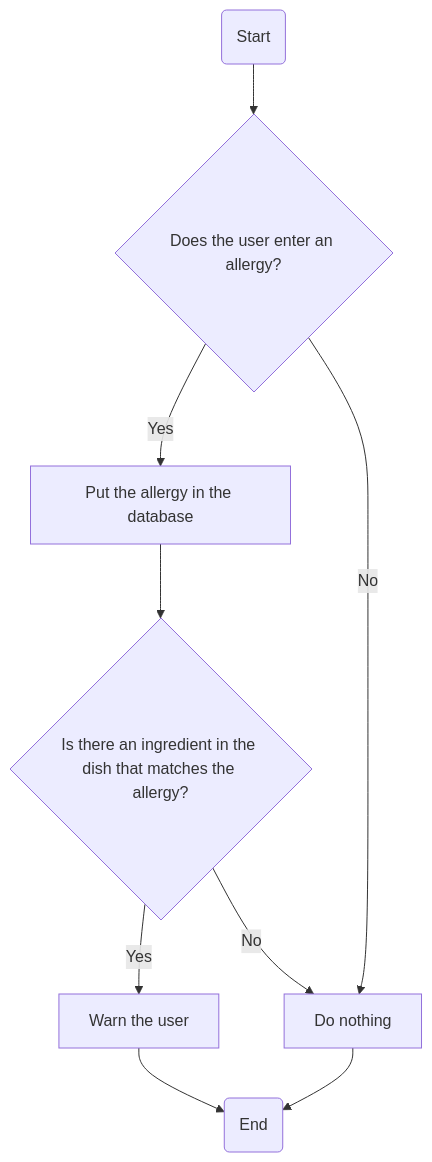
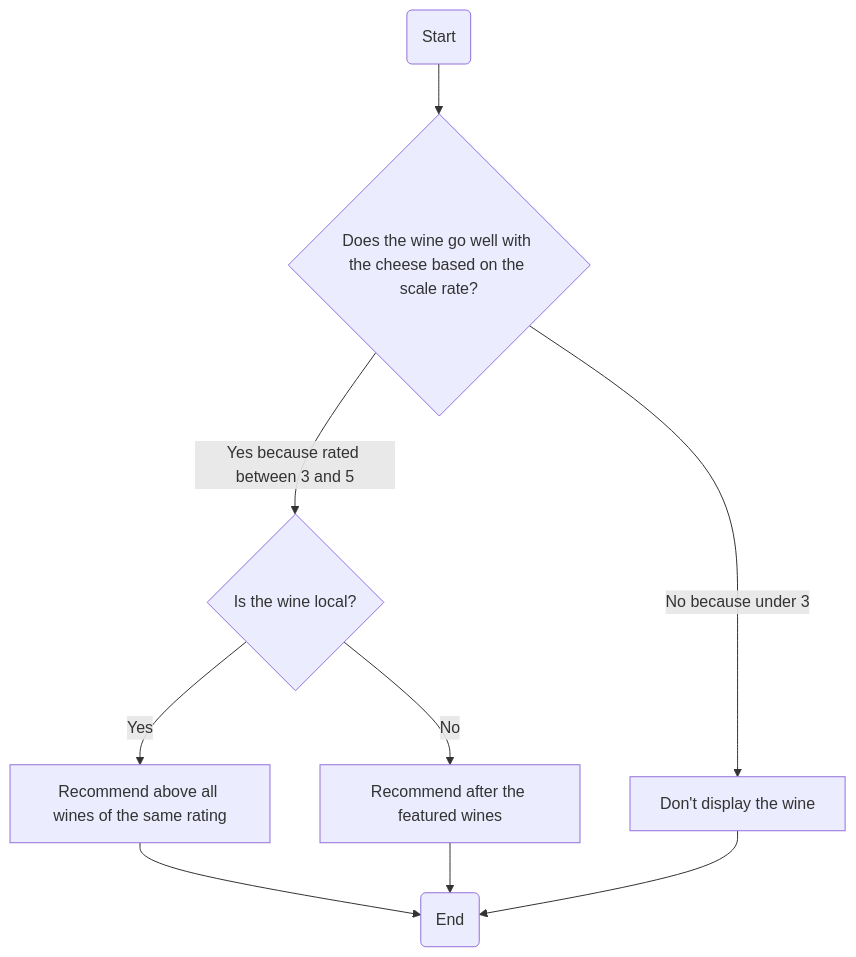
The fourth of 11 diagrams in Documents/Technical/technical_specifications.md (algosup/2024-2025-project-5-bubble-intermarche-team-2), drawn with Mermaid before and after one commit. The commit also changed other lines of this file, not shown here.

````diff
--- a/Documents/Technical/technical_specifications.md
+++ b/Documents/Technical/technical_specifications.md
@@ -211,11 +258,11 @@
 ```mermaid
 graph TD
-    A(Start) --> B{Does the user enter an allergy?}
-    B -->|Yes| C[Put the allergy in the database]
-    B -->|No| F
-    C --> D{Is there an ingredient in the dish that matches the allergy?}
-    D -->|Yes| E[Warn the user]
-    D -->|No| F[Do nothing]
+    A(Start) --> B{Does the wine go well with the cheese based on the scale rate?}
+    B -->|Yes because rated between 3 and 5| C{Is the wine local?}
+    B -->|No because under 3| D[Don't display the wine]
+    C --> |Yes| E[Recommend above all wines of the same rating]
+    C --> |No| F[Recommend after the featured wines]
     E --> G(End)
     F --> G
+    D --> G
 ```
````
